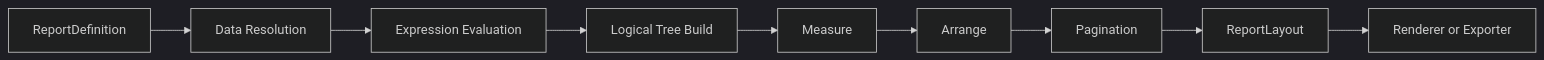
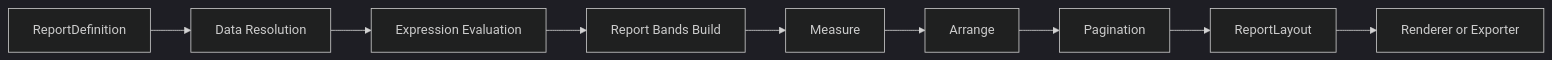
The diagram in docs/README.md (Netcodr81/kinetic-reports), drawn with Mermaid (dark theme) before and after one commit. The commit also changed 14 other files, not shown here.

````diff
--- a/docs/README.md
+++ b/docs/README.md
@@ -33,11 +33,11 @@
 ```mermaid
 flowchart LR
 	A[ReportDefinition] --> B[Data Resolution]
 	B --> C[Expression Evaluation]
-	C --> D[Logical Tree Build]
+	C --> D[Report Bands Build]
 	D --> E[Measure]
 	E --> F[Arrange]
 	F --> G[Pagination]
 	G --> H[ReportLayout]
 	H --> I[Renderer or Exporter]
 ```
````
